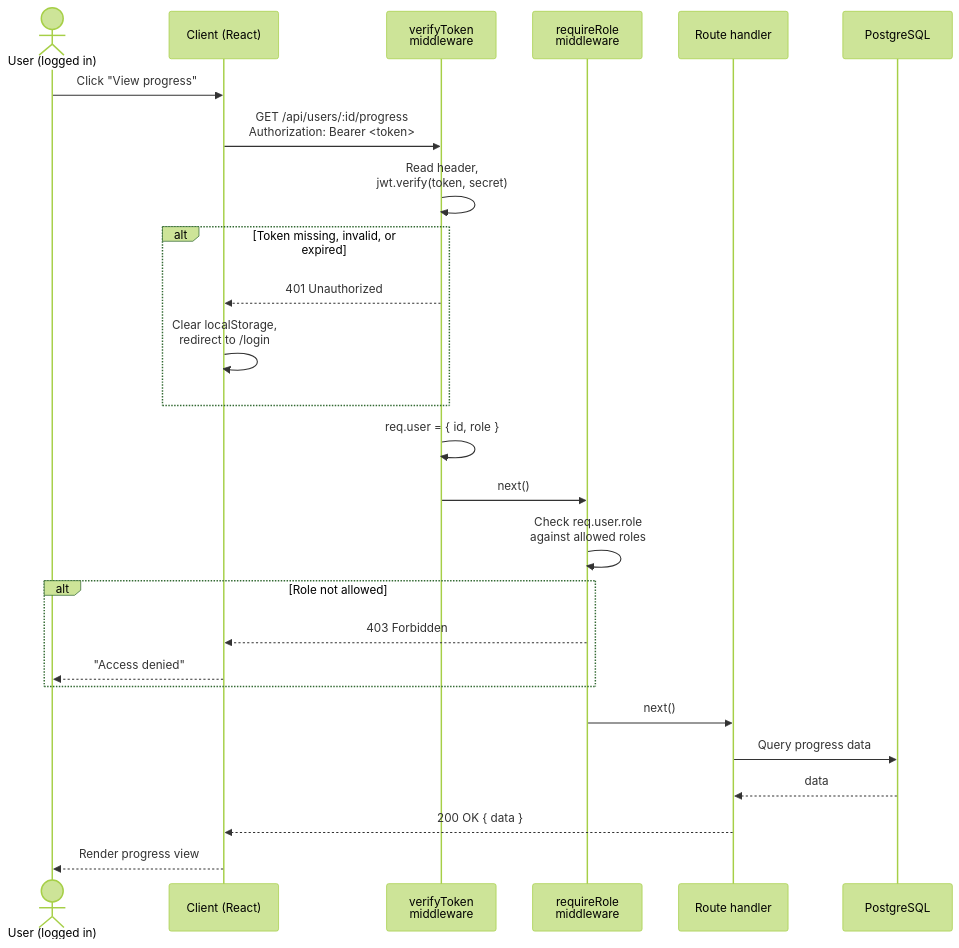
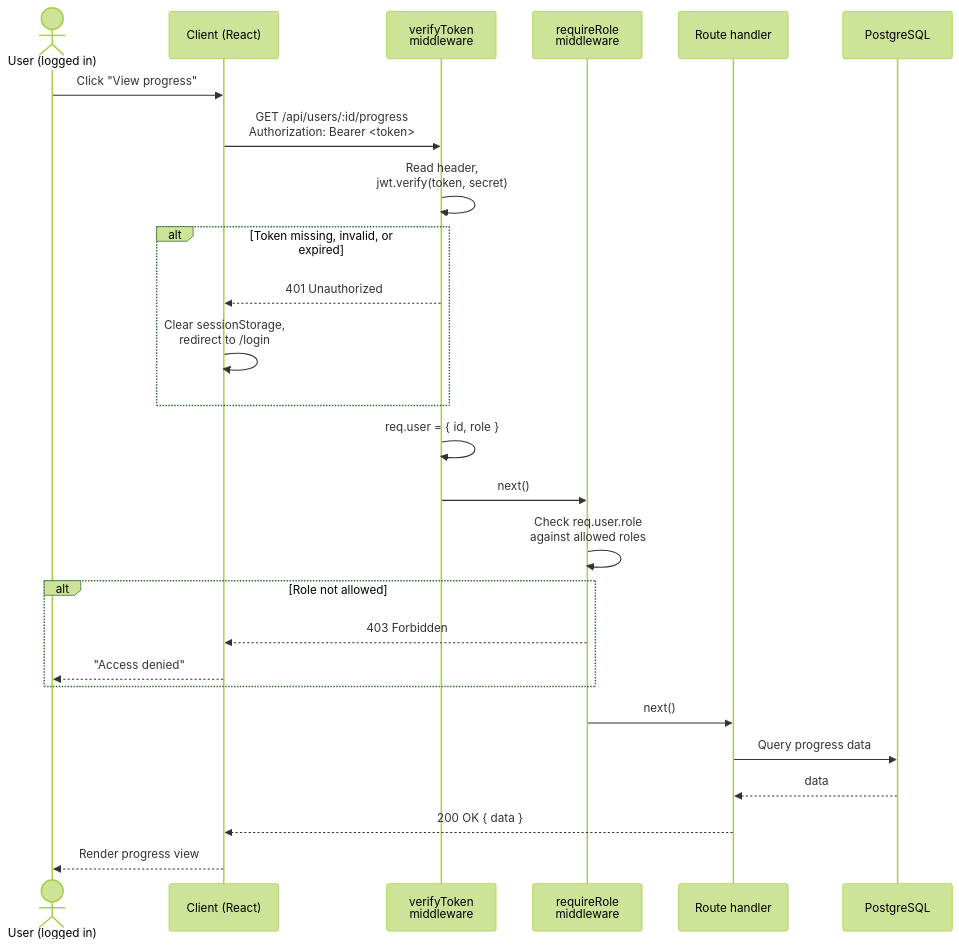
One commit to Calope-b/codequest changed the third of 3 diagrams in AUTH_DESIGN.md. Above: the diagram before and after it, drawn with Mermaid (forest theme). The commit also changed other lines of this file and 2 other files, not shown here.

````diff
--- a/AUTH_DESIGN.md
+++ b/AUTH_DESIGN.md
@@ -101,33 +101,33 @@
 ```mermaid
 sequenceDiagram
     actor U as User (logged in)
     participant C as Client (React)
     participant V as verifyToken<br/>middleware
     participant R as requireRole<br/>middleware
     participant H as Route handler
     participant DB as PostgreSQL
 
     U->>C: Click "View progress"
     C->>V: GET /api/users/:id/progress<br/>Authorization: Bearer <token>
 
     V->>V: Read header,<br/>jwt.verify(token, secret)
     alt Token missing, invalid, or expired
         V-->>C: 401 Unauthorized
-        C->>C: Clear localStorage,<br/>redirect to /login
+        C->>C: Clear sessionStorage,<br/>redirect to /login
     end
 
     V->>V: req.user = { id, role }
     V->>R: next()
 
     R->>R: Check req.user.role<br/>against allowed roles
     alt Role not allowed
         R-->>C: 403 Forbidden
         C-->>U: "Access denied"
     end
 
     R->>H: next()
     H->>DB: Query progress data
     DB-->>H: data
     H-->>C: 200 OK { data }
     C-->>U: Render progress view
 ```
````
